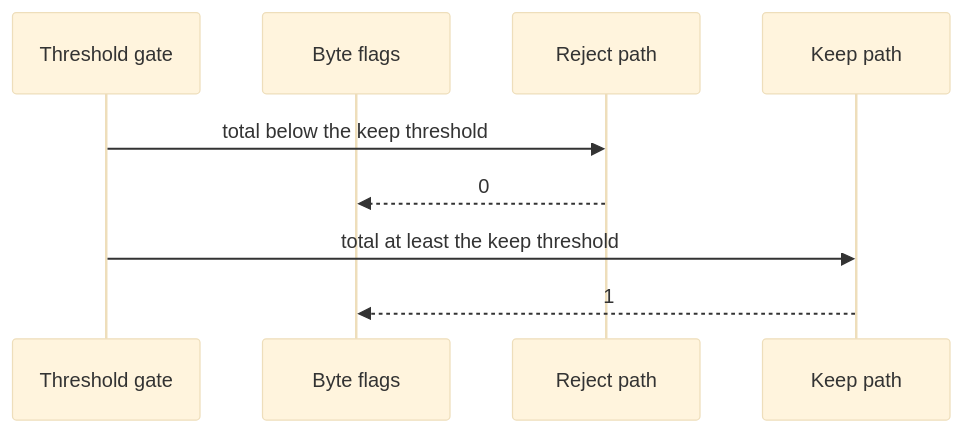
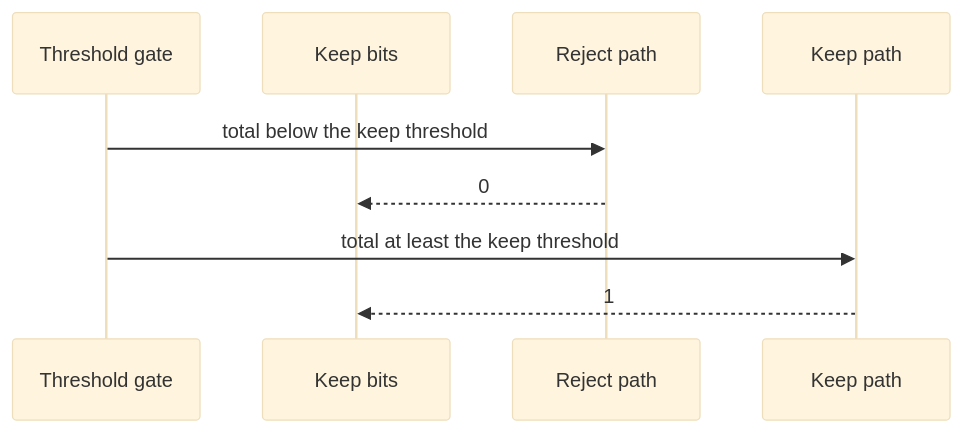
The fourth of 6 diagrams in docs/src/journeys/score-gate.md (hillerlab/hspZ), drawn with Mermaid (base theme) before and after one commit. The commit also changed other lines of this file and 9 other files, not shown here.

````diff
--- a/docs/src/journeys/score-gate.md
+++ b/docs/src/journeys/score-gate.md
@@ -59,11 +86,11 @@
 ```mermaid
 sequenceDiagram
     participant G as Threshold gate
-    participant F as Byte flags
+    participant F as Keep bits
     participant R as Reject path
     participant K as Keep path
     G->>R: total below the keep threshold
     R-->>F: 0
     G->>K: total at least the keep threshold
     K-->>F: 1
 ```
````
